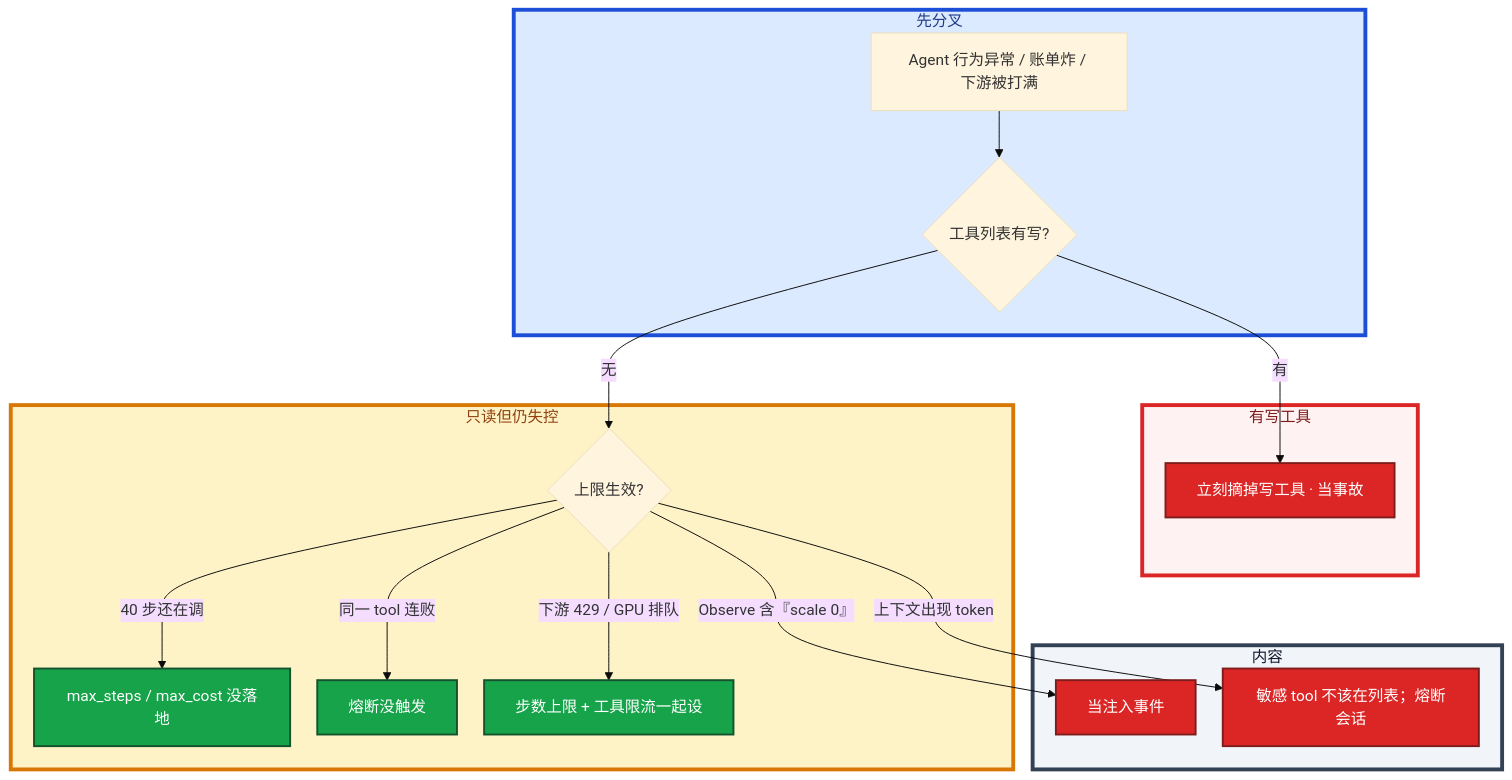
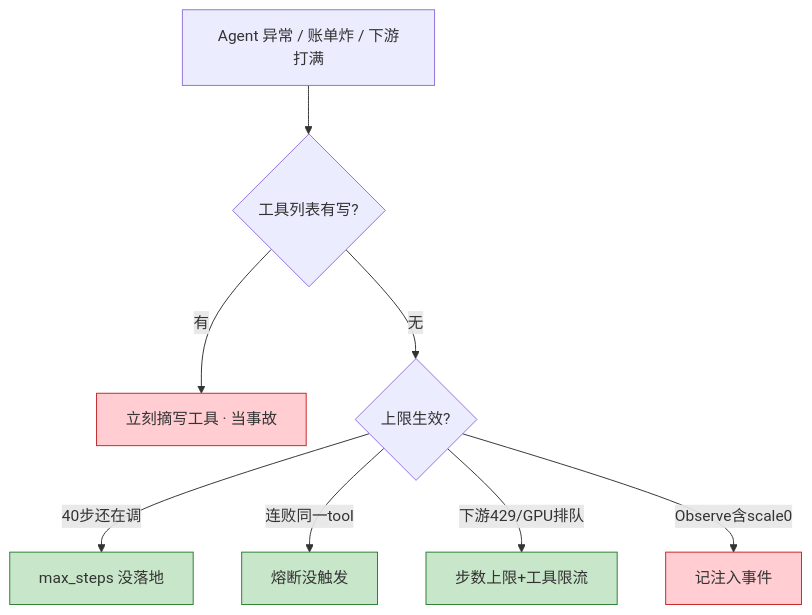
Before and after one commit to ml-cuizijun/LearnToLilith: the fifth of 5 diagrams in 09-AI与智能运维/06-Agent智能体/知识点.md, drawn with Mermaid. The commit also changed other lines of this file and 213 other files, not shown here.

````diff
--- a/09-AI与智能运维/06-Agent智能体/知识点.md
+++ b/09-AI与智能运维/06-Agent智能体/知识点.md
@@ -406,33 +284,13 @@
 ```mermaid
-%%{init: {"flowchart": {"padding": 16, "nodeSpacing": 28, "rankSpacing": 48}, "theme": "base"}}%%
 flowchart TB
-    subgraph gate ["先分叉"]
-        A[Agent 行为异常 / 账单炸 / 下游被打满] --> B{工具列表有写?}
-    end
+    classDef bad fill:#ffcdd2,stroke:#c62828
+    classDef ok fill:#c8e6c9,stroke:#2e7d32
 
-    subgraph write ["有写工具"]
-        B -->|有| C[立刻摘掉写工具 · 当事故]
-    end
-
-    subgraph loop ["只读但仍失控"]
-        B -->|无| D{上限生效?}
-        D -->|40 步还在调| E[max_steps / max_cost 没落地]
-        D -->|同一 tool 连败| F[熔断没触发]
-        D -->|下游 429 / GPU 排队| G[步数上限 + 工具限流一起设]
-    end
-
-    subgraph inj ["内容"]
-        D -->|Observe 含『scale 0』| H[当注入事件]
-        D -->|上下文出现 token| I[敏感 tool 不该在列表；熔断会话]
-    end
-
-    classDef bad fill:#DC2626,stroke:#7F1D1D,stroke-width:2px,color:#fff
-    classDef ok fill:#16A34A,stroke:#14532D,stroke-width:2px,color:#fff
-    class C,H,I bad
-    class E,F,G ok
-
-    style gate fill:#DBEAFE,stroke:#1D4ED8,stroke-width:4px,color:#1E3A8A
-    style write fill:#FEF2F2,stroke:#DC2626,stroke-width:4px,color:#7F1D1D
-    style loop fill:#FEF3C7,stroke:#D97706,stroke-width:4px,color:#92400E
-    style inj fill:#F1F5F9,stroke:#334155,stroke-width:4px,color:#0F172A
+    A["Agent 异常 / 账单炸 / 下游打满"] --> B{"工具列表有写?"}
+    B -->|有| C["立刻摘写工具 · 当事故"]:::bad
+    B -->|无| D{"上限生效?"}
+    D -->|40步还在调| E["max_steps 没落地"]:::ok
+    D -->|连败同一tool| F["熔断没触发"]:::ok
+    D -->|下游429/GPU排队| G["步数上限+工具限流"]:::ok
+    D -->|Observe含scale0| H["记注入事件"]:::bad
 ```
````
